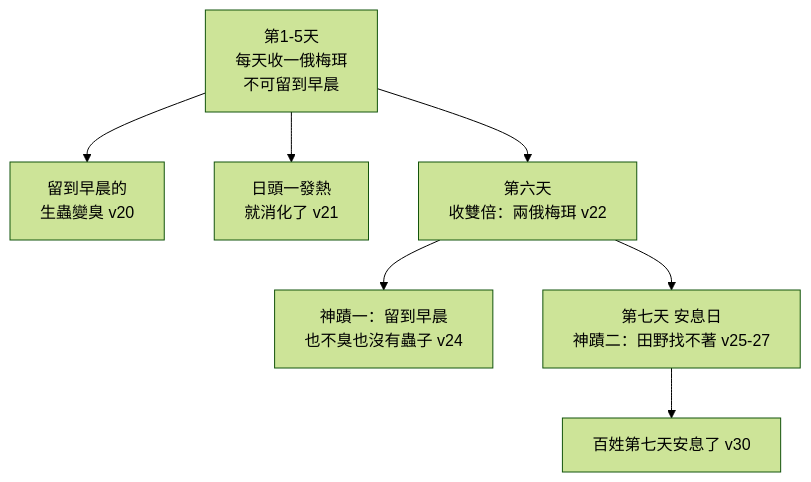
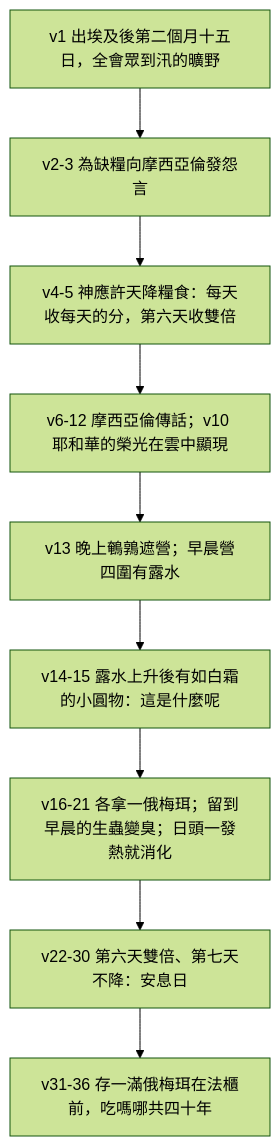
One commit to andyjr5566/Bible_wiki_zh changed the diagram in 02 出埃及記/第16章.md. Above: the diagram before and after it, drawn with Mermaid (forest theme). The commit also changed other lines of this file and 33 other files, not shown here.

````diff
--- a/02 出埃及記/第16章.md
+++ b/02 出埃及記/第16章.md
@@ -240,9 +104,11 @@
 ```mermaid
 flowchart TD
-A["第1-5天<br/>每天收一俄梅珥<br/>不可留到早晨"] --> B["留到早晨的<br/>生蟲變臭 v20"]
-A --> C["日頭一發熱<br/>就消化了 v21"]
-A --> D["第六天<br/>收雙倍：兩俄梅珥 v22"]
-D --> E["神蹟一：留到早晨<br/>也不臭也沒有蟲子 v24"]
-D --> F["第七天 安息日<br/>神蹟二：田野找不著 v25-27"]
-F --> G["百姓第七天安息了 v30"]
+  A["v1 出埃及後第二個月十五日，全會眾到汛的曠野"] --> B["v2-3 為缺糧向摩西亞倫發怨言"]
+  B --> C["v4-5 神應許天降糧食：每天收每天的分，第六天收雙倍"]
+  C --> D["v6-12 摩西亞倫傳話；v10 耶和華的榮光在雲中顯現"]
+  D --> E["v13 晚上鵪鶉遮營；早晨營四圍有露水"]
+  E --> F["v14-15 露水上升後有如白霜的小圓物：這是什麼呢"]
+  F --> G["v16-21 各拿一俄梅珥；留到早晨的生蟲變臭；日頭一發熱就消化"]
+  G --> H["v22-30 第六天雙倍、第七天不降：安息日"]
+  H --> I["v31-36 存一滿俄梅珥在法櫃前，吃嗎哪共四十年"]
 ```
````
